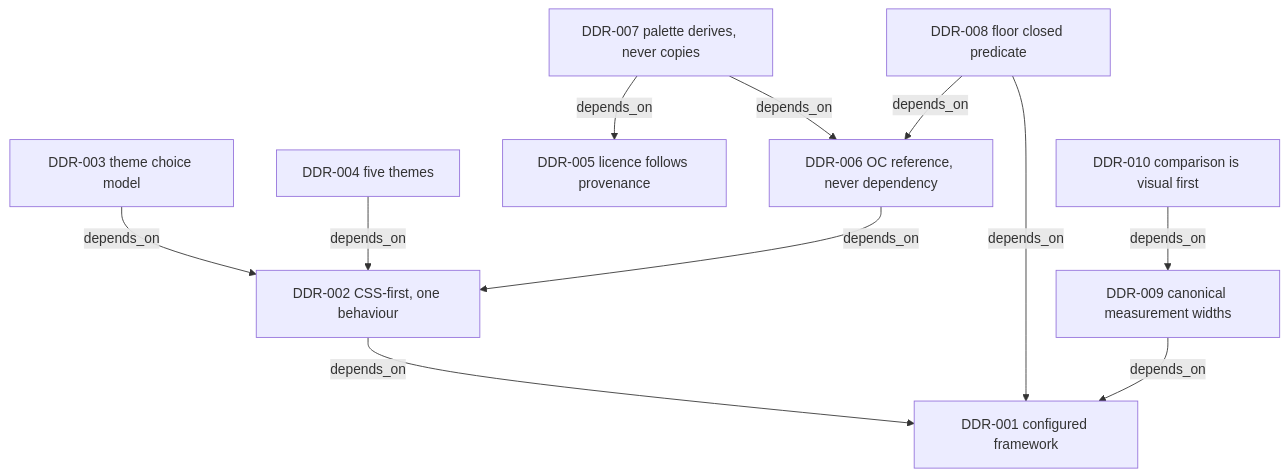
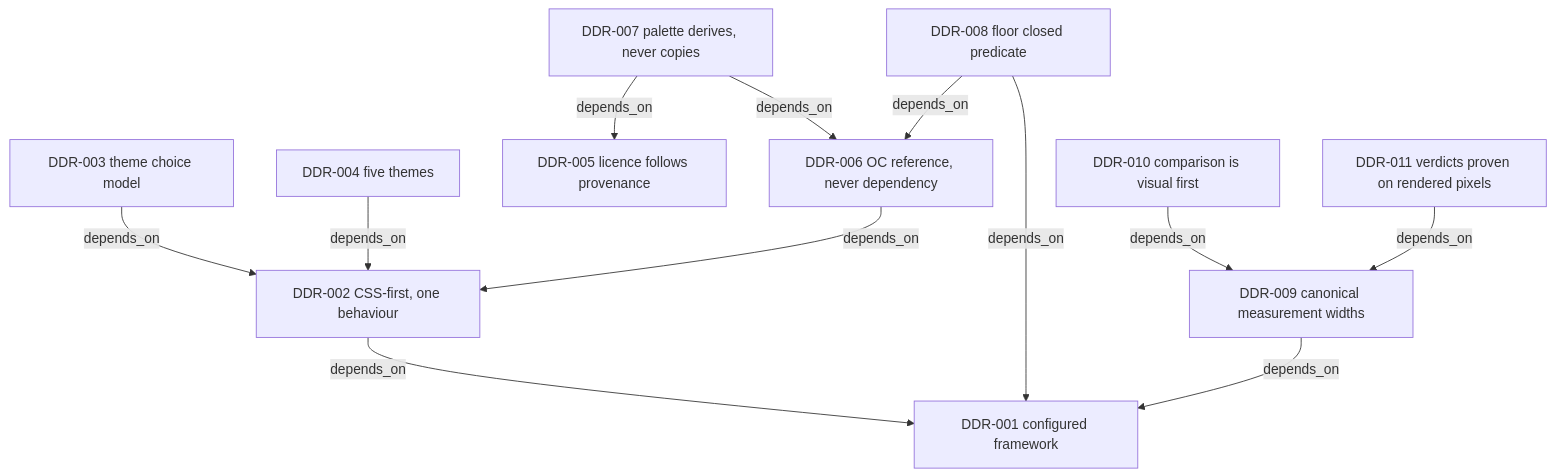
One commit to EngraphCode/oak-open-curriculum-ecosystem changed the diagram in docs/design/README.md. Above: the diagram before and after it, drawn with Mermaid. The commit also changed other lines of this file, not shown here.

Commit message:
docs(design): index DDR-011 in the register table and dependency graph

````diff
--- a/docs/design/README.md
+++ b/docs/design/README.md
@@ -113,23 +114,25 @@
 ```mermaid
 graph TD
   DDR001["DDR-001 configured framework"]
   DDR002["DDR-002 CSS-first, one behaviour"]
   DDR003["DDR-003 theme choice model"]
   DDR004["DDR-004 five themes"]
   DDR005["DDR-005 licence follows provenance"]
   DDR006["DDR-006 OC reference, never dependency"]
   DDR007["DDR-007 palette derives, never copies"]
   DDR008["DDR-008 floor closed predicate"]
   DDR009["DDR-009 canonical measurement widths"]
   DDR010["DDR-010 comparison is visual first"]
+  DDR011["DDR-011 verdicts proven on rendered pixels"]
   DDR002 -->|depends_on| DDR001
   DDR003 -->|depends_on| DDR002
   DDR004 -->|depends_on| DDR002
   DDR006 -->|depends_on| DDR002
   DDR007 -->|depends_on| DDR005
   DDR007 -->|depends_on| DDR006
   DDR008 -->|depends_on| DDR001
   DDR008 -->|depends_on| DDR006
   DDR009 -->|depends_on| DDR001
   DDR010 -->|depends_on| DDR009
+  DDR011 -->|depends_on| DDR009
 ```
````
